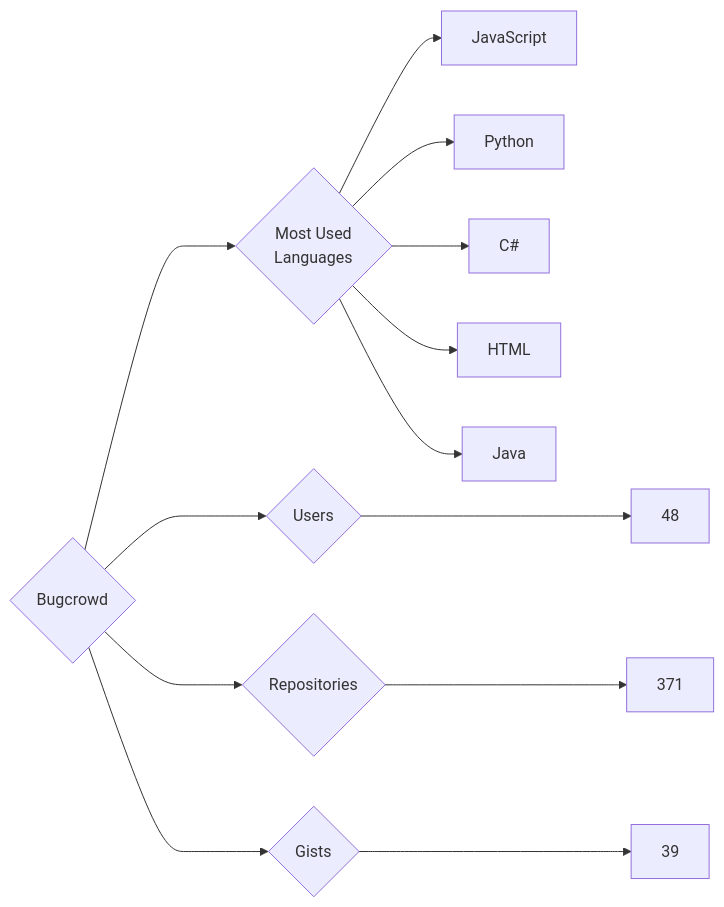
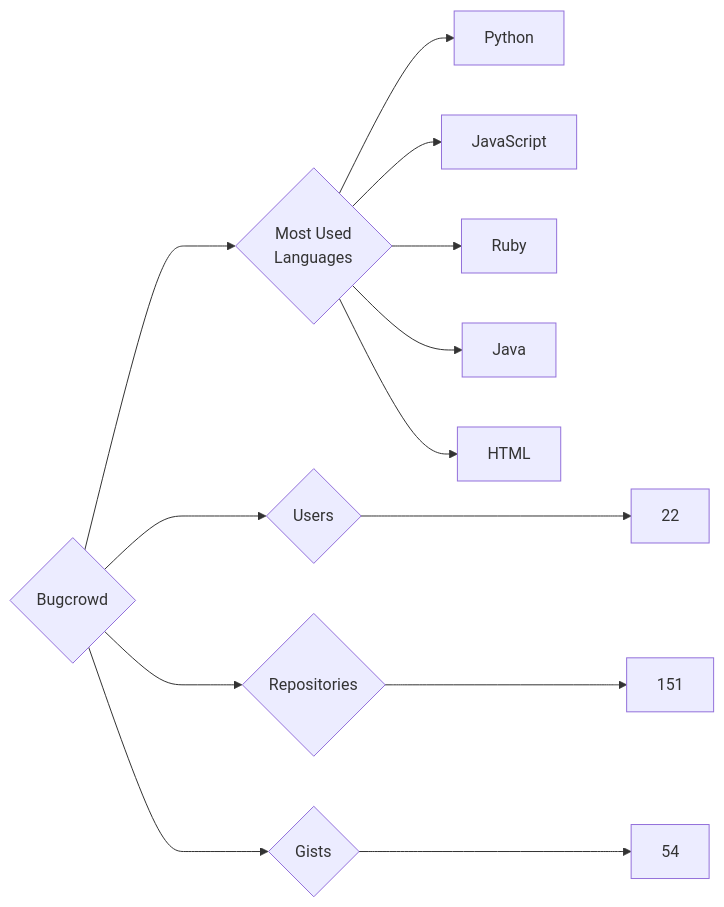
The diagram in targets/Bugcrowd/README.md (trickest/insiders), drawn with Mermaid before and after one commit. The commit also changed 745 other files, not shown here.

````diff
--- a/targets/Bugcrowd/README.md
+++ b/targets/Bugcrowd/README.md
@@ -3,13 +3,13 @@
 ```mermaid
 graph LR
 COMPANY_NAME{Bugcrowd}
-COMPANY_NAME ---> U{Users} ---> UN[48]
-COMPANY_NAME ---> R{Repositories} ---> RN[371]
-COMPANY_NAME ---> G{Gists} ---> GN[39]
+COMPANY_NAME ---> U{Users} ---> UN[22]
+COMPANY_NAME ---> R{Repositories} ---> RN[151]
+COMPANY_NAME ---> G{Gists} ---> GN[54]
 COMPANY_NAME ---> ML{Most Used<br>Languages}
+ML --> Python[Python]
 ML --> JavaScript[JavaScript]
-ML --> Python[Python]
-ML --> C#[C#]
+ML --> Ruby[Ruby]
+ML --> Java[Java]
 ML --> HTML[HTML]
-ML --> Java[Java]
 ```
````
